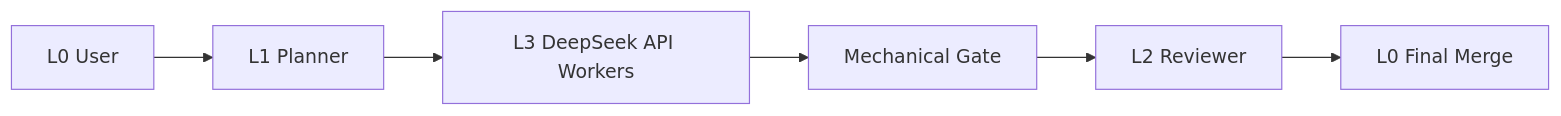
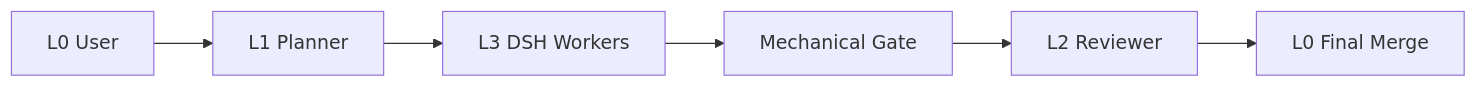
One commit to KungerChen/VibeBaton changed the first of 2 diagrams in docs/TUTORIAL.md. Above: the diagram before and after it, drawn with Mermaid. The commit also changed other lines of this file and 22 other files, not shown here.

Commit message:
milestone(M1): Global `DeepSeek API` -> `DSH` naming unification (backend, Studio, presets, docs)

````diff
--- a/docs/TUTORIAL.md
+++ b/docs/TUTORIAL.md
@@ -23,8 +23,8 @@
 ```mermaid
 flowchart LR
   L0User["L0 User"] --> L1Planner["L1 Planner"]
-  L1Planner --> L3Workers["L3 DeepSeek API Workers"]
+  L1Planner --> L3Workers["L3 DSH Workers"]
   L3Workers --> Gate["Mechanical Gate"]
   Gate --> L2Reviewer["L2 Reviewer"]
   L2Reviewer --> FinalMerge["L0 Final Merge"]
 ```
````
